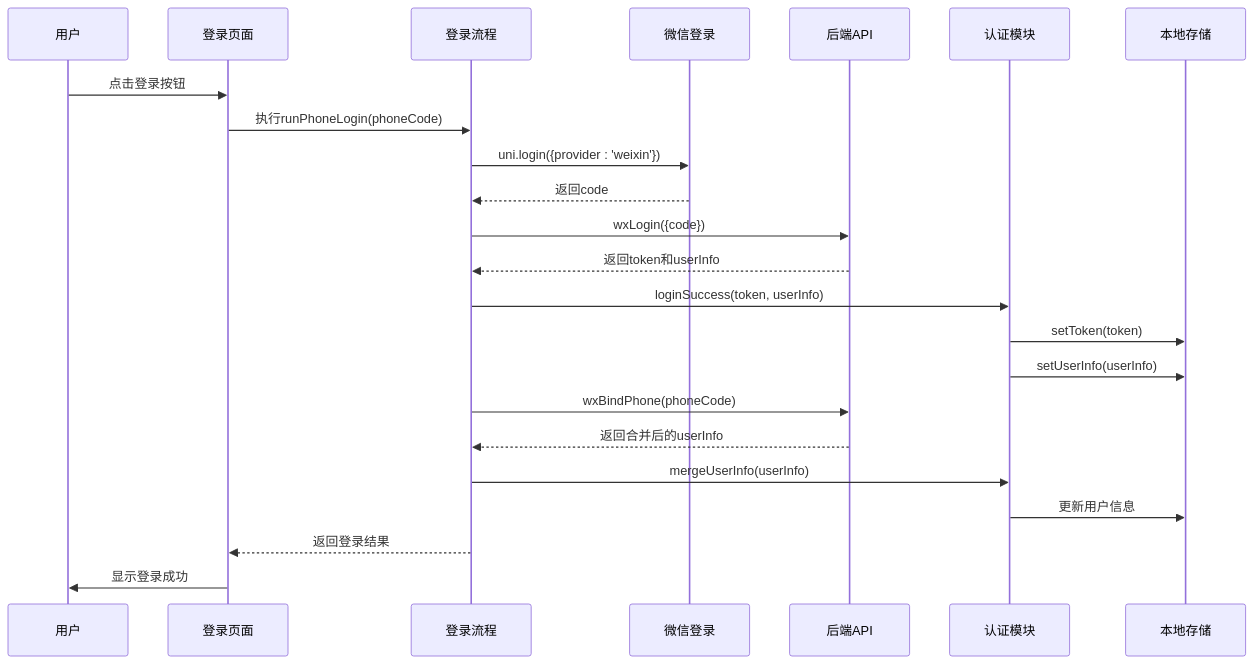
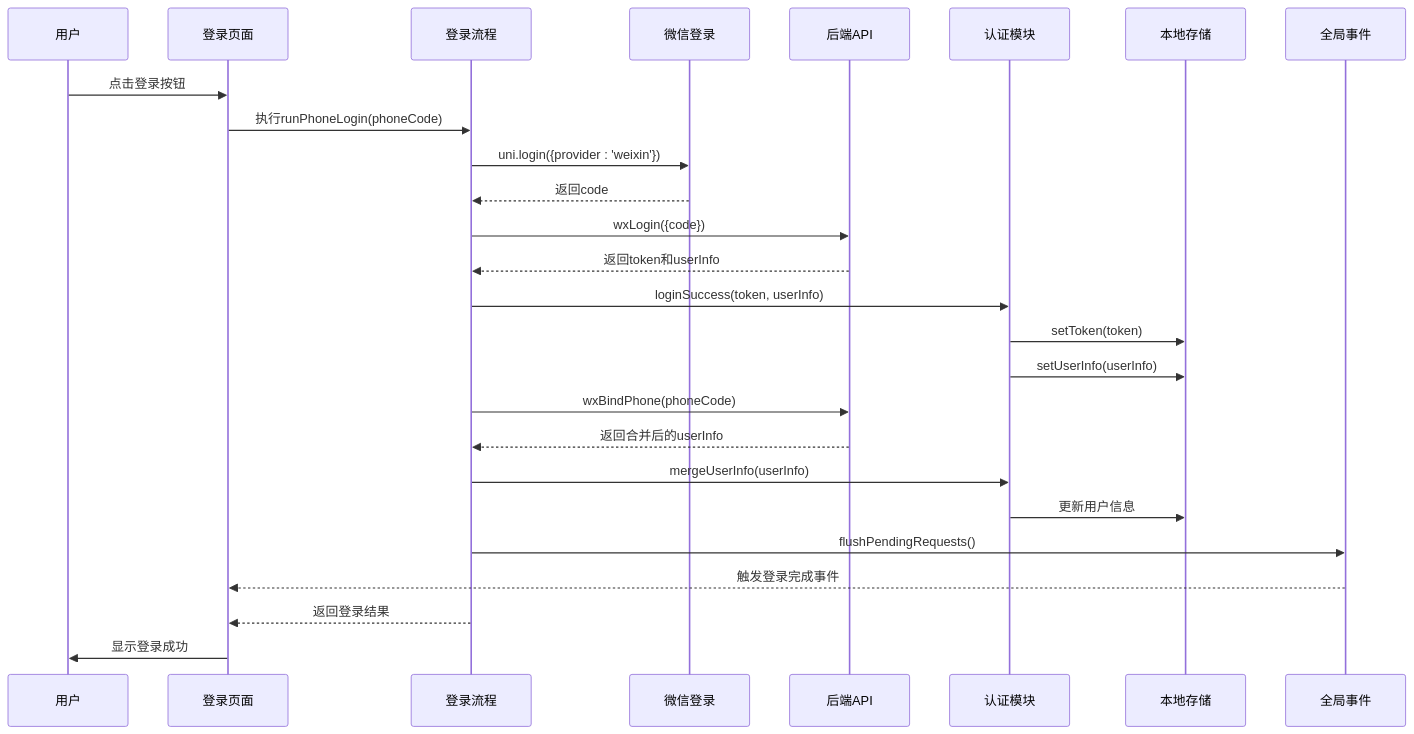
One commit to crazyma99/blueberry changed the second of 15 diagrams in .qoder/repowiki/zh/content/工具模块详解/认证管理系统.md. Above: the diagram before and after it, drawn with Mermaid. The commit also changed other lines of this file and 13 other files, not shown here.

````diff
--- a/.qoder/repowiki/zh/content/工具模块详解/认证管理系统.md
+++ b/.qoder/repowiki/zh/content/工具模块详解/认证管理系统.md
@@ -128,25 +141,28 @@
 ```mermaid
 sequenceDiagram
 participant User as 用户
 participant LoginPage as 登录页面
 participant LoginFlow as 登录流程
 participant WeChat as 微信登录
 participant API as 后端API
 participant Auth as 认证模块
 participant Storage as 本地存储
+participant EventBus as 全局事件
 User->>LoginPage : 点击登录按钮
 LoginPage->>LoginFlow : 执行runPhoneLogin(phoneCode)
 LoginFlow->>WeChat : uni.login({provider : 'weixin'})
 WeChat-->>LoginFlow : 返回code
 LoginFlow->>API : wxLogin({code})
 API-->>LoginFlow : 返回token和userInfo
 LoginFlow->>Auth : loginSuccess(token, userInfo)
 Auth->>Storage : setToken(token)
 Auth->>Storage : setUserInfo(userInfo)
 LoginFlow->>API : wxBindPhone(phoneCode)
 API-->>LoginFlow : 返回合并后的userInfo
 LoginFlow->>Auth : mergeUserInfo(userInfo)
 Auth->>Storage : 更新用户信息
+LoginFlow->>EventBus : flushPendingRequests()
+EventBus-->>LoginPage : 触发登录完成事件
 LoginFlow-->>LoginPage : 返回登录结果
 LoginPage->>User : 显示登录成功
 ```
````
